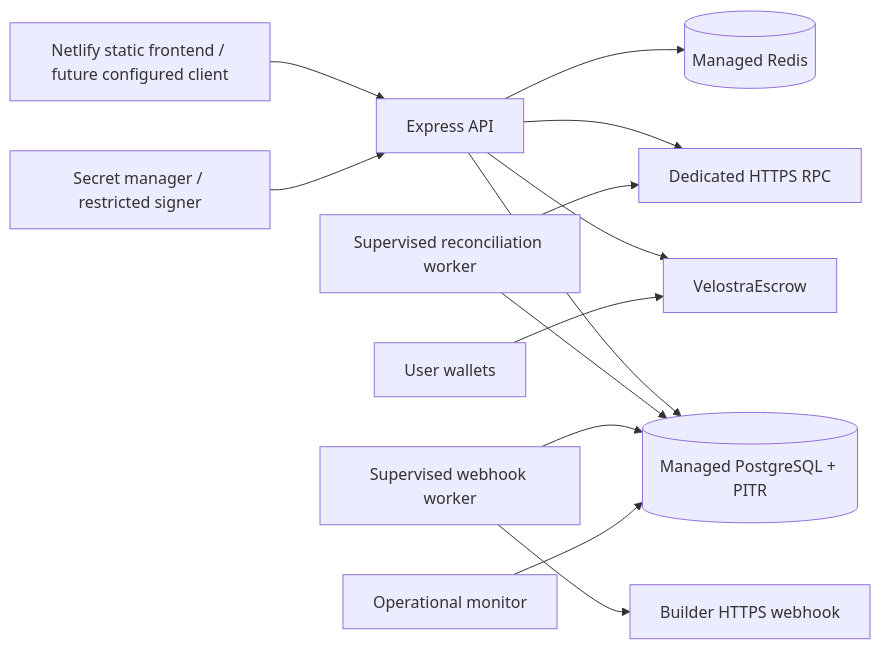
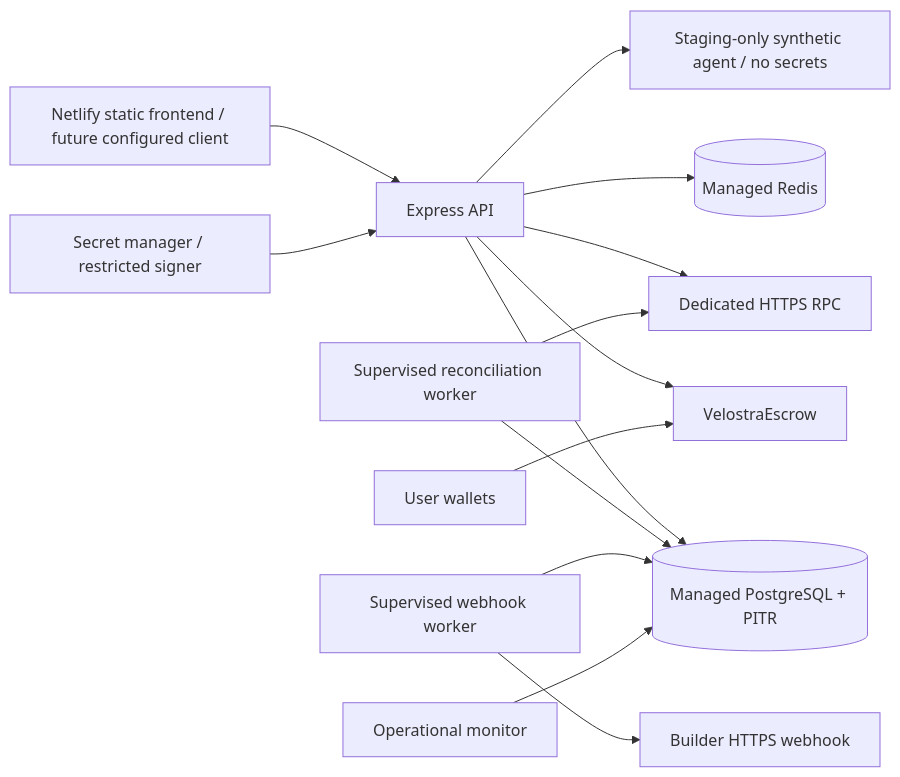
Before and after one commit to velostralabs/velostra: the diagram in docs/DEPLOYMENT.md, drawn with Mermaid. The commit also changed other lines of this file and 5 other files, not shown here.

Commit message:
docs(staging): record synthetic agent provisioning

````diff
--- a/docs/DEPLOYMENT.md
+++ b/docs/DEPLOYMENT.md
@@ -48,15 +49,16 @@
 ```mermaid
 flowchart LR
     CDN["Netlify static frontend / future configured client"] --> API["Express API"]
     API --> PG[(Managed PostgreSQL + PITR)]
     API --> REDIS[(Managed Redis)]
     API --> RPC["Dedicated HTTPS RPC"]
     WORKER["Supervised reconciliation worker"] --> PG
     WORKER --> RPC
     HOOKS["Supervised webhook worker"] --> PG
     HOOKS --> RECEIVER["Builder HTTPS webhook"]
     MONITOR["Operational monitor"] --> PG
     API --> ESCROW["VelostraEscrow"]
     WALLETS["User wallets"] --> ESCROW
     SECRETS["Secret manager / restricted signer"] --> API
+    API --> SYNTH["Staging-only synthetic agent / no secrets"]
 ```
````
